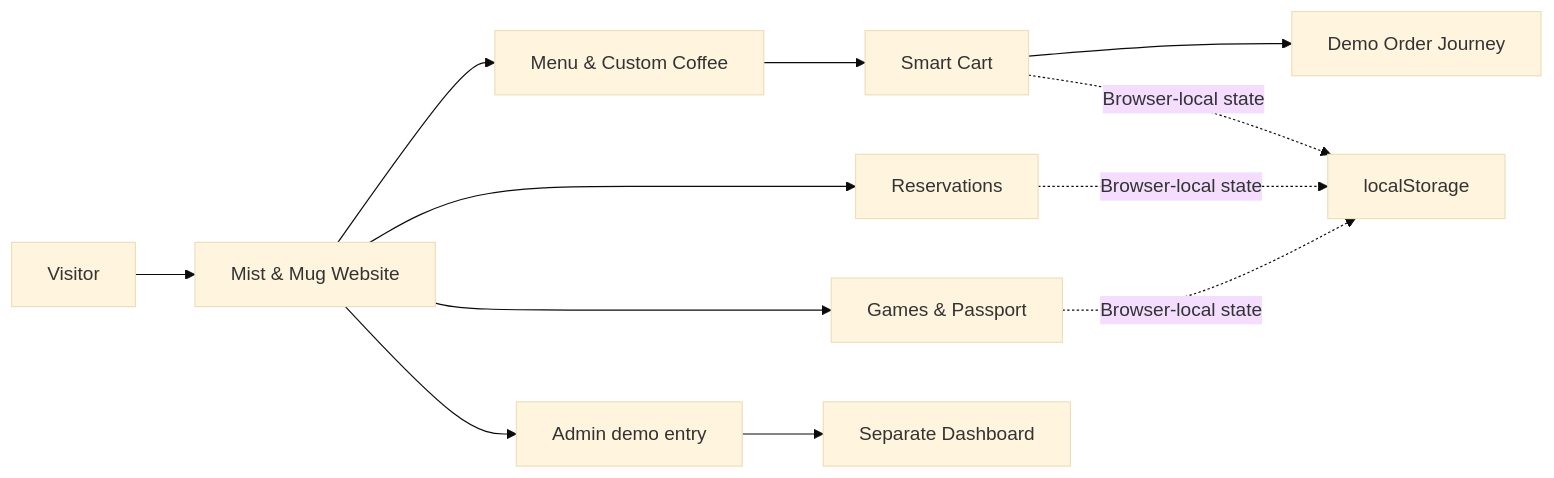
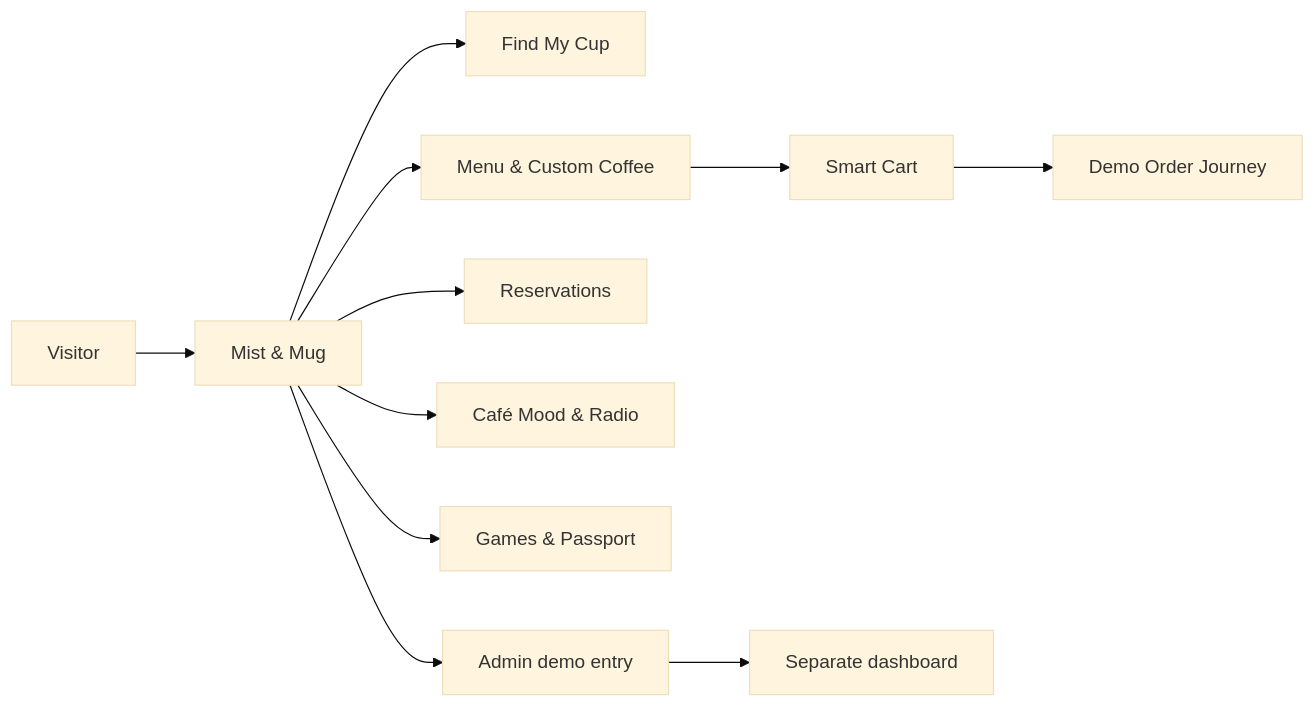
The diagram in Readme.md (bhavesh1411-cyber/cafe), drawn with Mermaid (base theme) before and after one commit. The commit also changed other lines of this file, not shown here.

````diff
--- a/Readme.md
+++ b/Readme.md
@@ -91,14 +80,13 @@
 ```mermaid
 flowchart LR
-  A["Visitor"] --> B["Mist & Mug Website"]
-  B --> C["Menu & Custom Coffee"]
-  C --> D["Smart Cart"]
-  D --> E["Demo Order Journey"]
-  B --> F["Reservations"]
-  B --> G["Games & Passport"]
-  B --> H["Admin demo entry"]
-  H --> I["Separate Dashboard"]
-  D -. "Browser-local state" .-> J["localStorage"]
-  F -. "Browser-local state" .-> J
-  G -. "Browser-local state" .-> J
+  A["Visitor"] --> B["Mist & Mug"]
+  B --> C["Find My Cup"]
+  B --> D["Menu & Custom Coffee"]
+  D --> E["Smart Cart"]
+  E --> F["Demo Order Journey"]
+  B --> G["Reservations"]
+  B --> H["Café Mood & Radio"]
+  B --> I["Games & Passport"]
+  B --> J["Admin demo entry"]
+  J --> K["Separate dashboard"]
 ```
````
